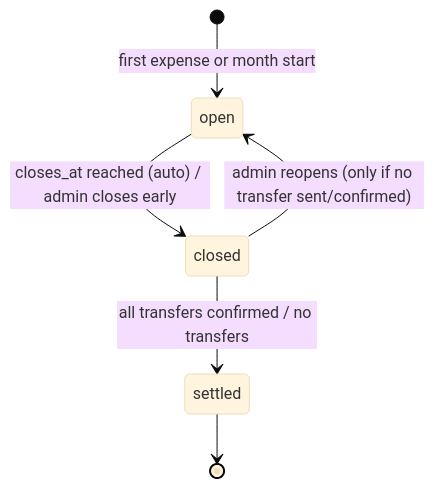
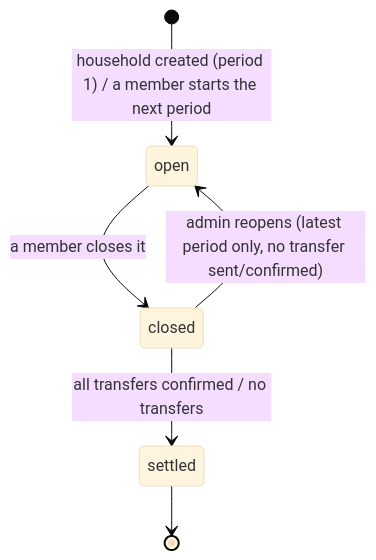
One commit to Frankovg/split-ranch changed the second of 2 diagrams in docs/03-business-rules.md. Above: the diagram before and after it, drawn with Mermaid (base theme). The commit also changed other lines of this file and 60 other files, not shown here.

````diff
--- a/docs/03-business-rules.md
+++ b/docs/03-business-rules.md
@@ -192,8 +192,8 @@
 ```mermaid
 stateDiagram-v2
-  [*] --> open: first expense or month start
-  open --> closed: closes_at reached (auto) / admin closes early
-  closed --> open: admin reopens (only if no transfer sent/confirmed)
+  [*] --> open: household created (period 1) / a member starts the next period
+  open --> closed: a member closes it
+  closed --> open: admin reopens (latest period only, no transfer sent/confirmed)
   closed --> settled: all transfers confirmed / no transfers
   settled --> [*]
 ```
````
